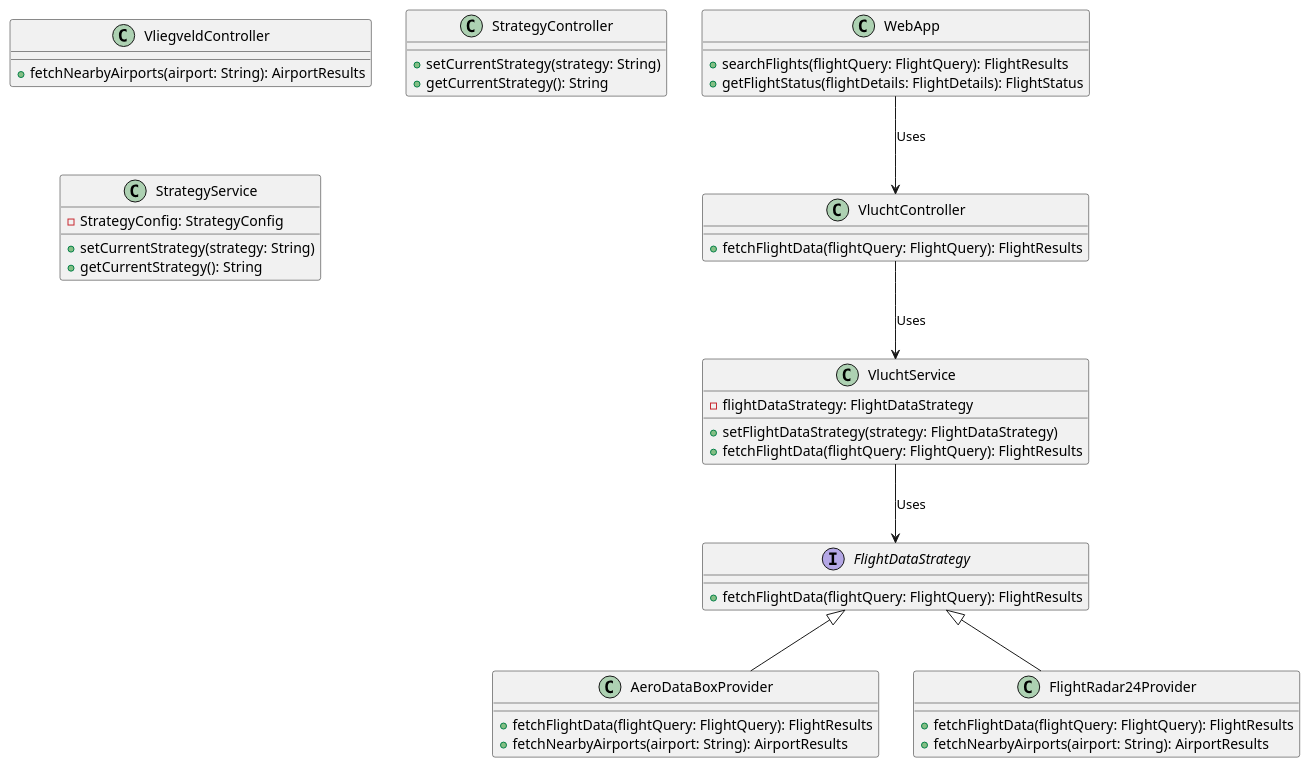
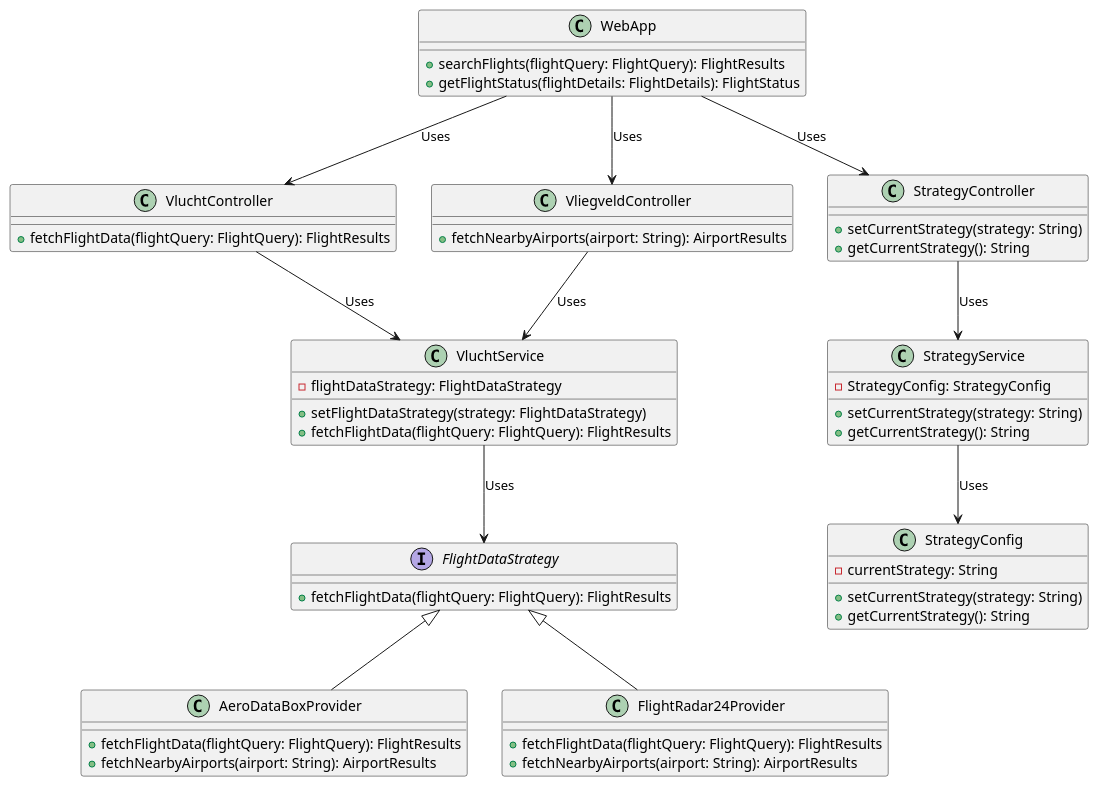
One commit to AIM-ENE-feb25/triptop-groep-b2 changed the diagram in classDiagramQuestion.puml. Above: the diagram before and after it, drawn with PlantUML.

Commit message:
updated class diagram

```diff
--- a/classDiagramQuestion.puml
+++ b/classDiagramQuestion.puml
@@ -1,56 +1,67 @@
 @startuml
 'https://plantuml.com/class-diagram
 
 class WebApp {
     +searchFlights(flightQuery: FlightQuery): FlightResults
     +getFlightStatus(flightDetails: FlightDetails): FlightStatus
 }
 
 class VluchtController {
     +fetchFlightData(flightQuery: FlightQuery): FlightResults
 }
 
 class VliegveldController {
     +fetchNearbyAirports(airport: String): AirportResults
 }
 
 class StrategyController {
     +setCurrentStrategy(strategy: String)
     +getCurrentStrategy(): String
 }
 
 class VluchtService {
     -flightDataStrategy: FlightDataStrategy
     +setFlightDataStrategy(strategy: FlightDataStrategy)
     +fetchFlightData(flightQuery: FlightQuery): FlightResults
 }
 
 class StrategyService {
     -StrategyConfig: StrategyConfig
     +setCurrentStrategy(strategy: String)
     +getCurrentStrategy(): String
 }
 
 interface FlightDataStrategy {
     +fetchFlightData(flightQuery: FlightQuery): FlightResults
 }
 
 class AeroDataBoxProvider {
     +fetchFlightData(flightQuery: FlightQuery): FlightResults
     +fetchNearbyAirports(airport: String): AirportResults
 }
 
 class FlightRadar24Provider {
     +fetchFlightData(flightQuery: FlightQuery): FlightResults
     +fetchNearbyAirports(airport: String): AirportResults
 }
 
+class StrategyConfig {
+    -currentStrategy: String
+    +setCurrentStrategy(strategy: String)
+    +getCurrentStrategy(): String
+}
+
 ' Relationships
 WebApp --> VluchtController : "Uses"
+WebApp --> VliegveldController : "Uses"
+WebApp --> StrategyController : "Uses"
 VluchtController --> VluchtService : "Uses"
+VliegveldController --> VluchtService : "Uses"
+StrategyController --> StrategyService : "Uses"
 VluchtService --> FlightDataStrategy : "Uses"
+StrategyService --> StrategyConfig : "Uses"
 
 FlightDataStrategy <|-- AeroDataBoxProvider
 FlightDataStrategy <|-- FlightRadar24Provider
 
 @enduml
```
